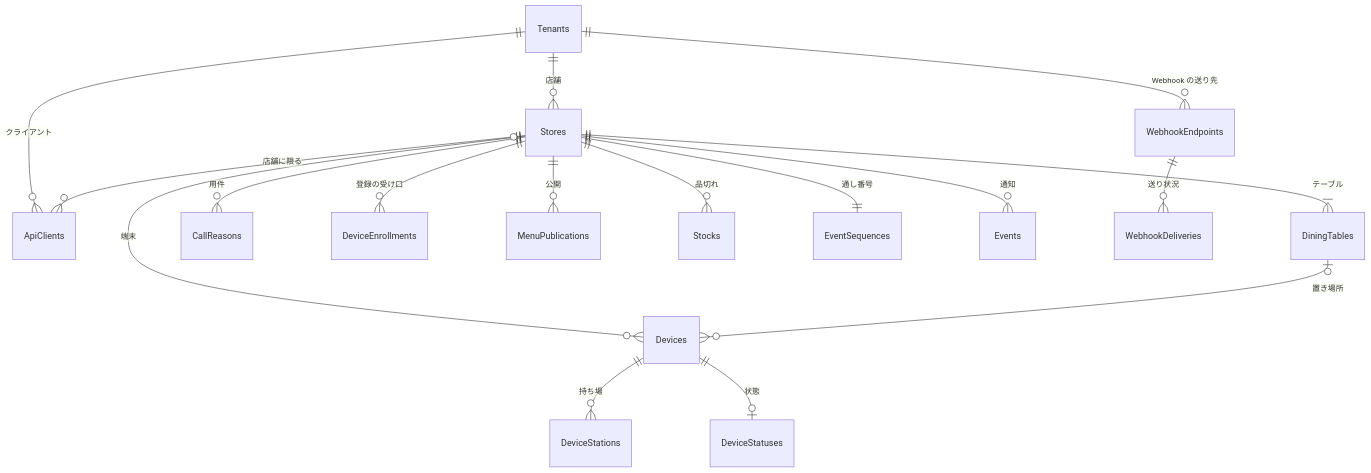
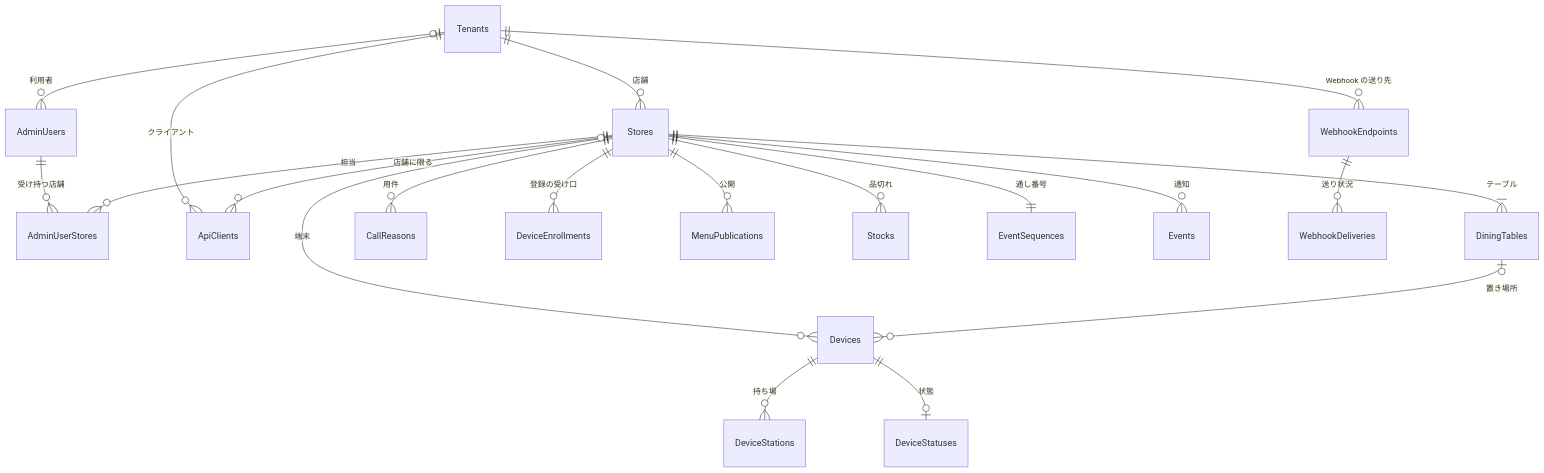
One commit to usausa/example-maui-order changed the first of 2 diagrams in docs/database.md. Above: the diagram before and after it, drawn with Mermaid. The commit also changed other lines of this file and 185 other files, not shown here.

````diff
--- a/docs/database.md
+++ b/docs/database.md
@@ -104,19 +107,22 @@
 ```mermaid
 erDiagram
     Tenants ||--o{ Stores : "店舗"
+    Tenants |o--o{ AdminUsers : "利用者"
+    AdminUsers ||--o{ AdminUserStores : "受け持つ店舗"
+    Stores ||--o{ AdminUserStores : "担当"
     Tenants ||--o{ ApiClients : "クライアント"
     Tenants ||--o{ WebhookEndpoints : "Webhook の送り先"
     Stores ||--|{ DiningTables : "テーブル"
     Stores ||--o{ CallReasons : "用件"
     Stores ||--o{ Devices : "端末"
     Stores ||--o{ DeviceEnrollments : "登録の受け口"
     Stores |o--o{ ApiClients : "店舗に限る"
     Stores ||--o{ MenuPublications : "公開"
     Stores ||--o{ Stocks : "品切れ"
     Stores ||--|| EventSequences : "通し番号"
     Stores ||--o{ Events : "通知"
     DiningTables |o--o{ Devices : "置き場所"
     Devices ||--o{ DeviceStations : "持ち場"
     Devices ||--o| DeviceStatuses : "状態"
     WebhookEndpoints ||--o{ WebhookDeliveries : "送り状況"
 ```
````
